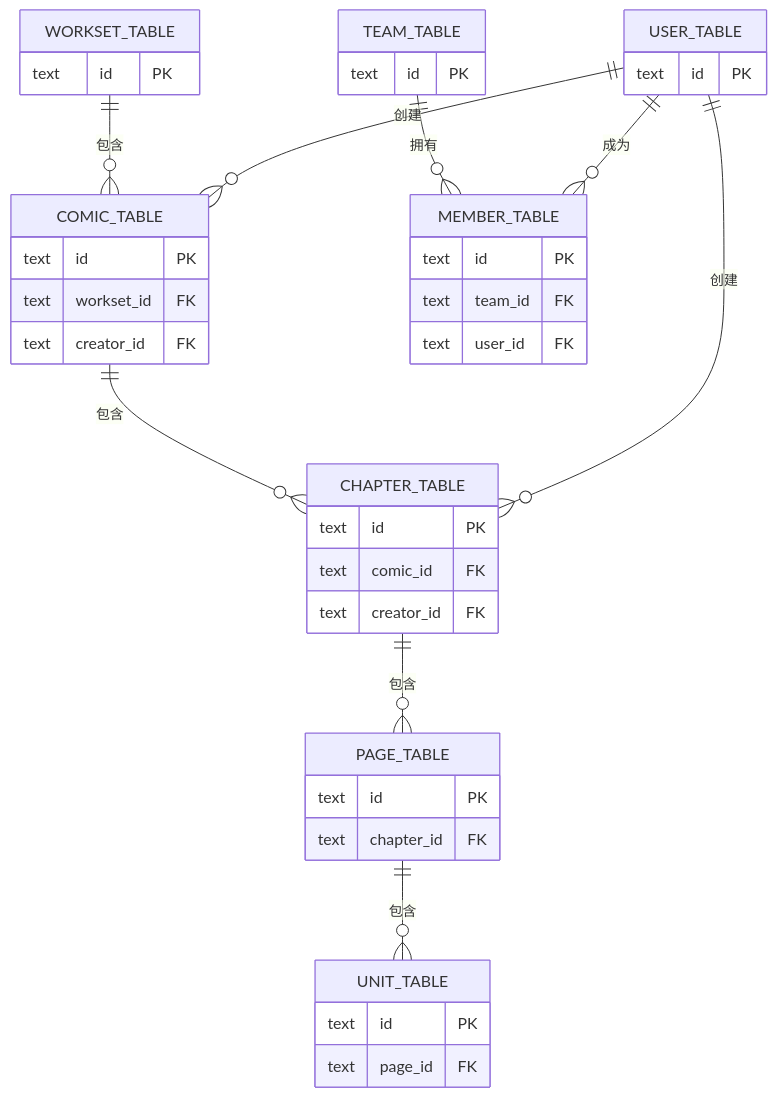
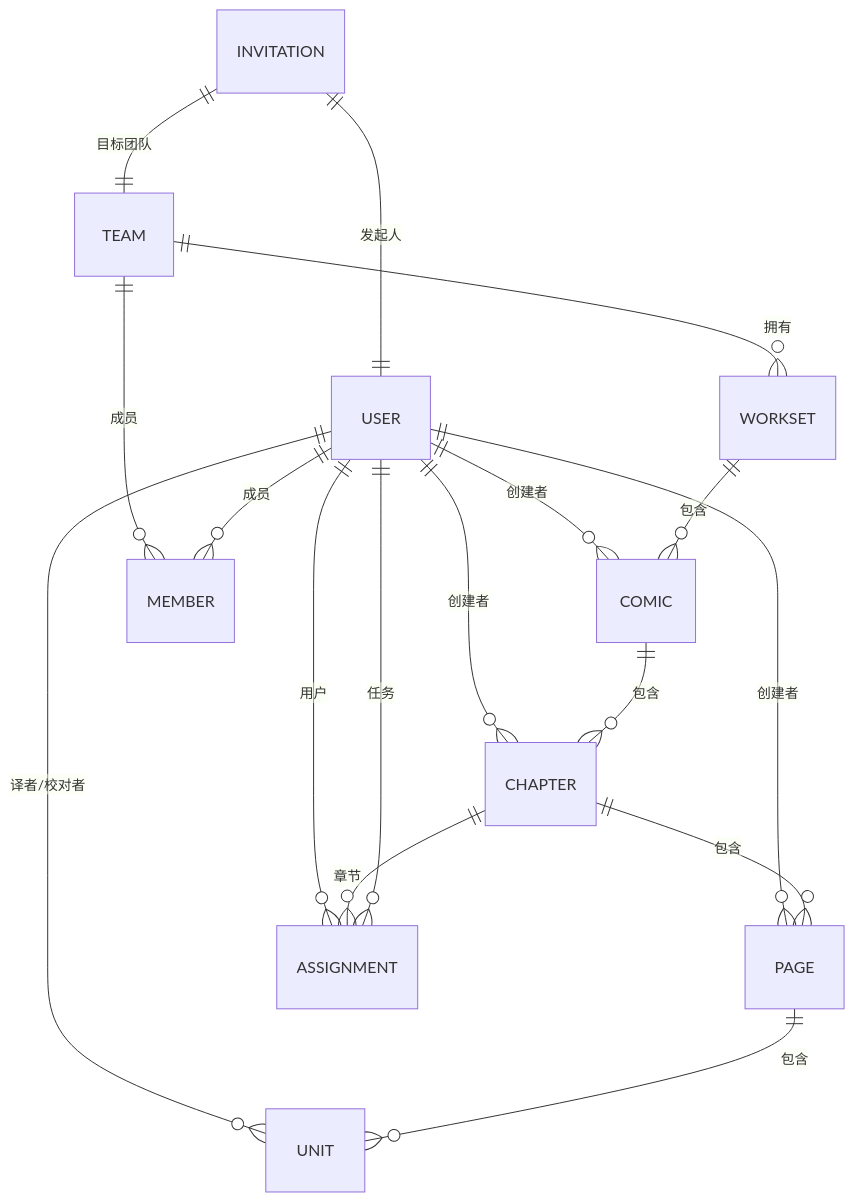
Before and after one commit to ATOMLubover/poprako: the second of 3 diagrams in .qoder/repowiki/zh/content/数据模型设计/数据模型设计.md, drawn with Mermaid. The commit also changed other lines of this file and 132 other files, not shown here.

````diff
--- a/.qoder/repowiki/zh/content/数据模型设计/数据模型设计.md
+++ b/.qoder/repowiki/zh/content/数据模型设计/数据模型设计.md
@@ -251,43 +196,19 @@
 ```mermaid
 erDiagram
-WORKSET_TABLE {
-text id PK
-}
-COMIC_TABLE {
-text id PK
-text workset_id FK
-text creator_id FK
-}
-CHAPTER_TABLE {
-text id PK
-text comic_id FK
-text creator_id FK
-}
-PAGE_TABLE {
-text id PK
-text chapter_id FK
-}
-UNIT_TABLE {
-text id PK
-text page_id FK
-}
-TEAM_TABLE {
-text id PK
-}
-MEMBER_TABLE {
-text id PK
-text team_id FK
-text user_id FK
-}
-USER_TABLE {
-text id PK
-}
-WORKSET_TABLE ||--o{ COMIC_TABLE : "包含"
-COMIC_TABLE ||--o{ CHAPTER_TABLE : "包含"
-CHAPTER_TABLE ||--o{ PAGE_TABLE : "包含"
-PAGE_TABLE ||--o{ UNIT_TABLE : "包含"
-TEAM_TABLE ||--o{ MEMBER_TABLE : "拥有"
-USER_TABLE ||--o{ MEMBER_TABLE : "成为"
-USER_TABLE ||--o{ COMIC_TABLE : "创建"
-USER_TABLE ||--o{ CHAPTER_TABLE : "创建"
+USER ||--o{ COMIC : "创建者"
+USER ||--o{ CHAPTER : "创建者"
+USER ||--o{ PAGE : "创建者"
+USER ||--o{ ASSIGNMENT : "用户"
+USER ||--o{ UNIT : "译者/校对者"
+TEAM ||--o{ WORKSET : "拥有"
+WORKSET ||--o{ COMIC : "包含"
+COMIC ||--o{ CHAPTER : "包含"
+CHAPTER ||--o{ PAGE : "包含"
+PAGE ||--o{ UNIT : "包含"
+TEAM ||--o{ MEMBER : "成员"
+USER ||--o{ MEMBER : "成员"
+CHAPTER ||--o{ ASSIGNMENT : "章节"
+USER ||--o{ ASSIGNMENT : "任务"
+INVITATION ||--|| TEAM : "目标团队"
+INVITATION ||--|| USER : "发起人"
 ```
````
